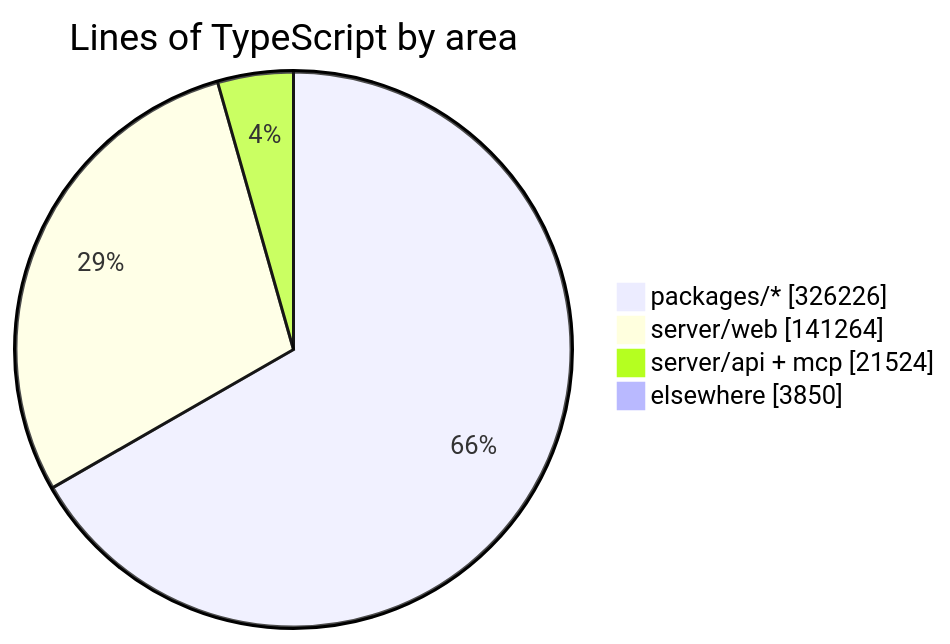
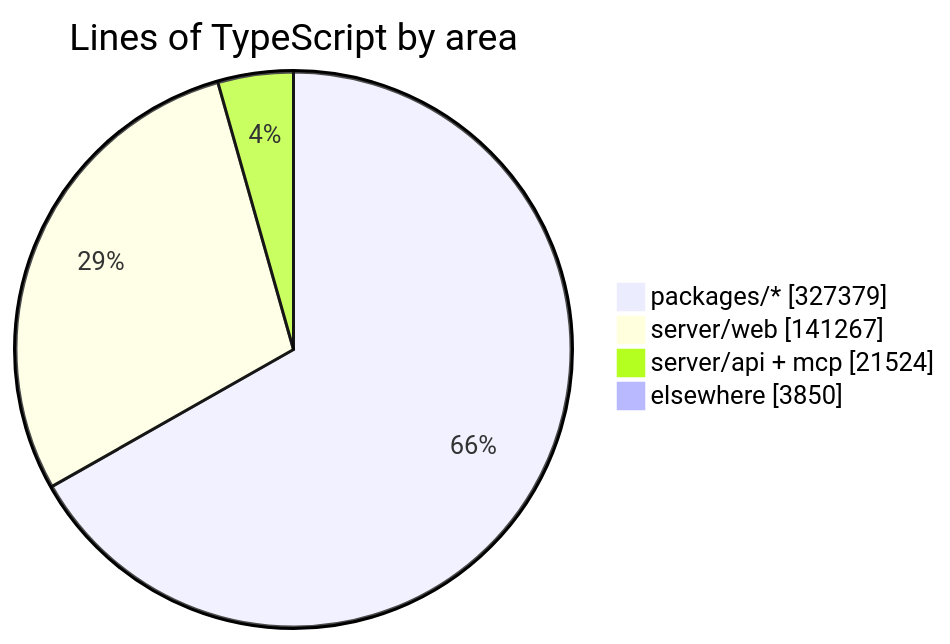
One commit to crossworks-engineering/mantle changed the diagram in README.md. Above: the diagram before and after it, drawn with Mermaid. The commit also changed other lines of this file and 2 other files, not shown here.

````diff
--- a/README.md
+++ b/README.md
@@ -294,7 +294,7 @@
 ```mermaid
 pie showData title Lines of TypeScript by area
-    "packages/*" : 326226
-    "server/web" : 141264
+    "packages/*" : 327379
+    "server/web" : 141267
     "server/api + mcp" : 21524
     "elsewhere" : 3850
 ```
````
